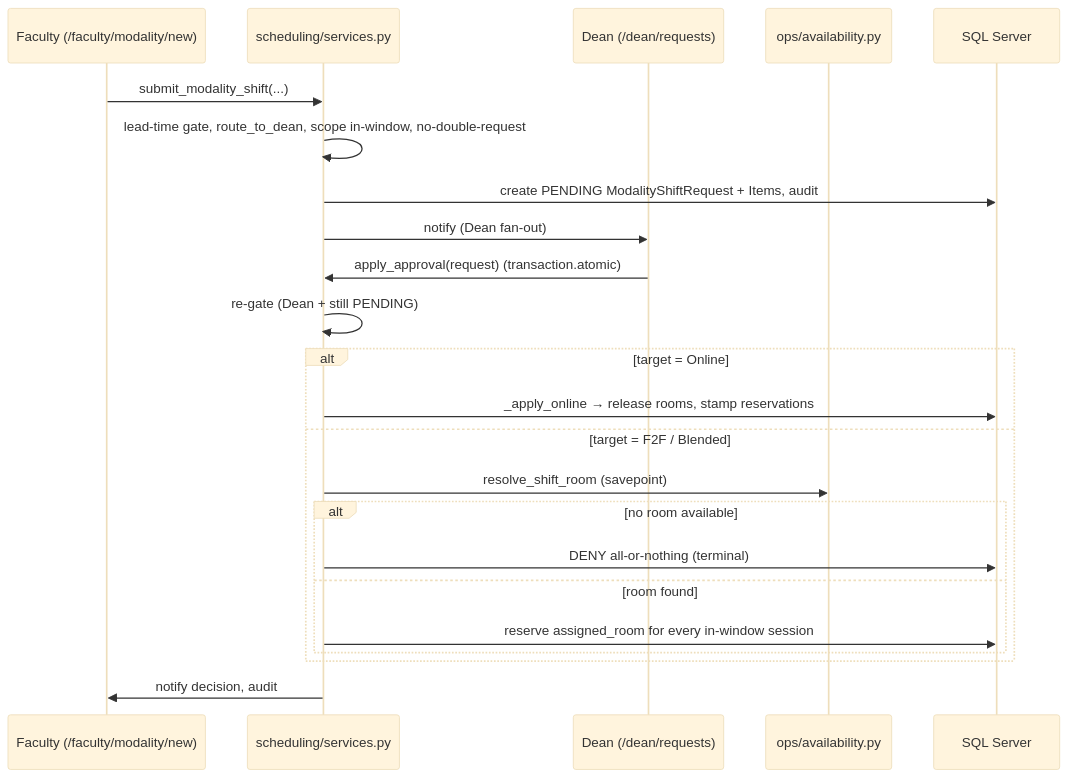
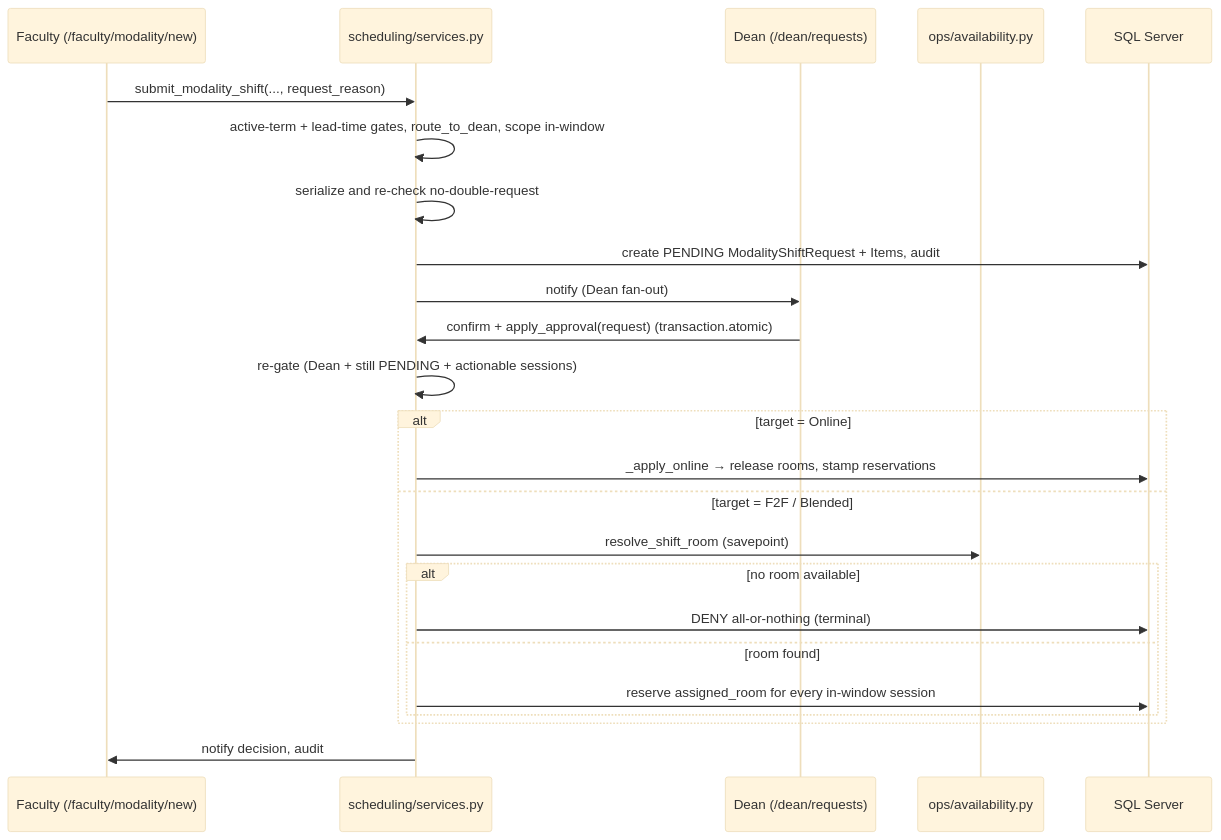
The fifth of 7 diagrams in docs/ARCHITECTURE.md (Shion-main/fluxtrack-main), drawn with Mermaid (base theme) before and after one commit. The commit also changed other lines of this file and 949 other files, not shown here.

````diff
--- a/docs/ARCHITECTURE.md
+++ b/docs/ARCHITECTURE.md
@@ -241,26 +241,27 @@
 ```mermaid
 sequenceDiagram
     participant Fac as Faculty (/faculty/modality/new)
     participant Svc as scheduling/services.py
     participant Dean as Dean (/dean/requests)
     participant Avail as ops/availability.py
     participant DB as SQL Server
 
-    Fac->>Svc: submit_modality_shift(...)
-    Svc->>Svc: lead-time gate, route_to_dean, scope in-window, no-double-request
+    Fac->>Svc: submit_modality_shift(..., request_reason)
+    Svc->>Svc: active-term + lead-time gates, route_to_dean, scope in-window
+    Svc->>Svc: serialize and re-check no-double-request
     Svc->>DB: create PENDING ModalityShiftRequest + Items, audit
     Svc->>Dean: notify (Dean fan-out)
-    Dean->>Svc: apply_approval(request)  (transaction.atomic)
-    Svc->>Svc: re-gate (Dean + still PENDING)
+    Dean->>Svc: confirm + apply_approval(request)  (transaction.atomic)
+    Svc->>Svc: re-gate (Dean + still PENDING + actionable sessions)
     alt target = Online
         Svc->>DB: _apply_online → release rooms, stamp reservations
     else target = F2F / Blended
         Svc->>Avail: resolve_shift_room (savepoint)
         alt no room available
             Svc->>DB: DENY all-or-nothing (terminal)
         else room found
             Svc->>DB: reserve assigned_room for every in-window session
         end
     end
     Svc->>Fac: notify decision, audit
 ```
````
